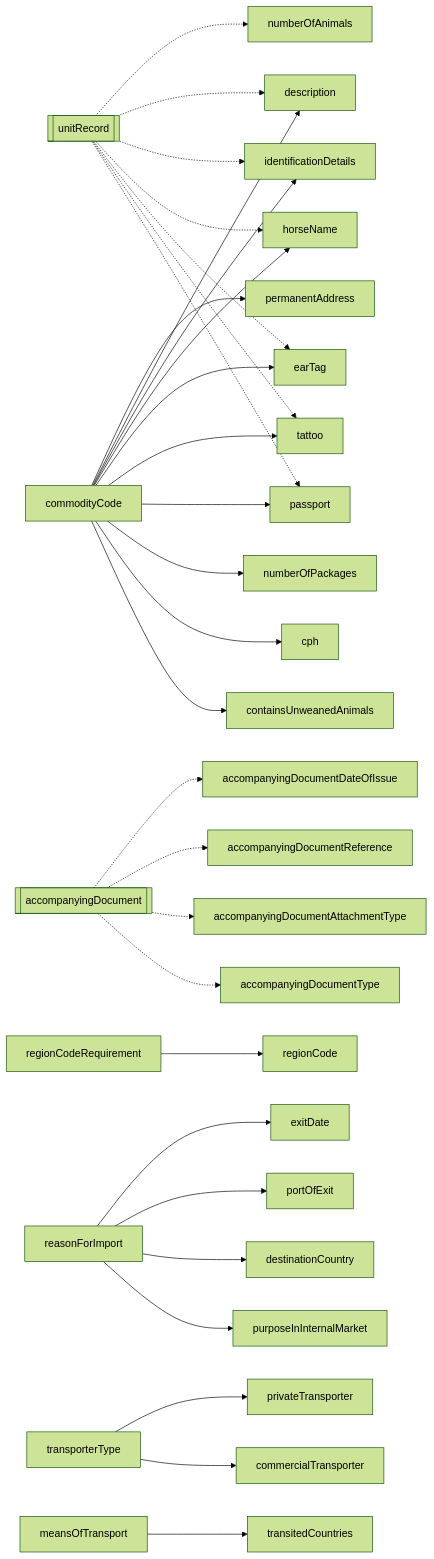
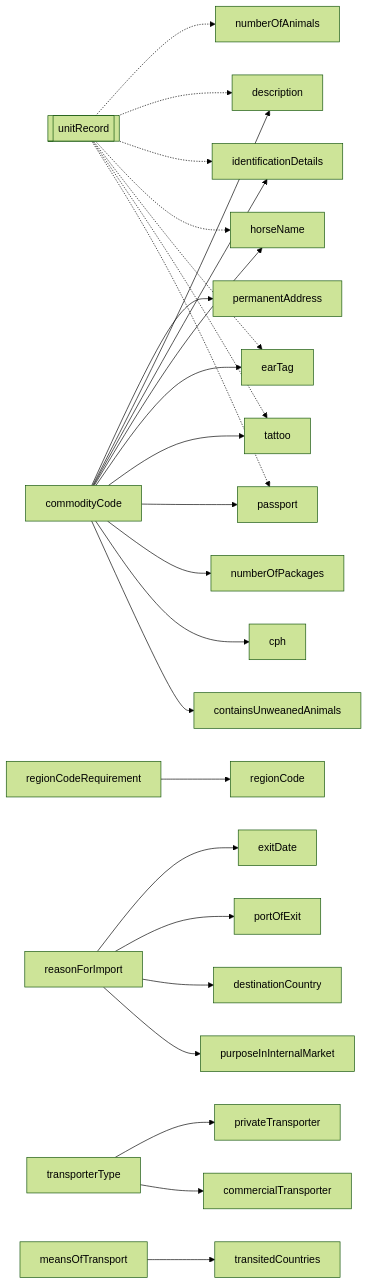
One commit to DEFRA/trade-imports-animals-frontend changed the first of 7 diagrams in prototypes/journey-config-spikes/EUDPA-249-flow-layer/MODEL.md. Above: the diagram before and after it, drawn with Mermaid (forest theme). The commit also changed other lines of this file and 18 other files, not shown here.

````diff
--- a/prototypes/journey-config-spikes/EUDPA-249-flow-layer/MODEL.md
+++ b/prototypes/journey-config-spikes/EUDPA-249-flow-layer/MODEL.md
@@ -72,34 +74,29 @@
 ```mermaid
 graph LR
   unitRecord[[unitRecord]]
-  accompanyingDocument[[accompanyingDocument]]
   regionCodeRequirement --> regionCode
   reasonForImport --> purposeInInternalMarket
   reasonForImport --> destinationCountry
   reasonForImport --> portOfExit
   reasonForImport --> exitDate
   commodityCode --> containsUnweanedAnimals
   transporterType --> commercialTransporter
   transporterType --> privateTransporter
   meansOfTransport --> transitedCountries
   commodityCode --> cph
   commodityCode --> numberOfPackages
   commodityCode --> passport
   commodityCode --> tattoo
   commodityCode --> earTag
   commodityCode --> horseName
   commodityCode --> identificationDetails
   commodityCode --> description
   commodityCode --> permanentAddress
   unitRecord -.-> passport
   unitRecord -.-> tattoo
   unitRecord -.-> earTag
   unitRecord -.-> horseName
   unitRecord -.-> identificationDetails
   unitRecord -.-> description
-  accompanyingDocument -.-> accompanyingDocumentType
-  accompanyingDocument -.-> accompanyingDocumentAttachmentType
-  accompanyingDocument -.-> accompanyingDocumentReference
-  accompanyingDocument -.-> accompanyingDocumentDateOfIssue
   unitRecord -.-> numberOfAnimals
 ```
````
